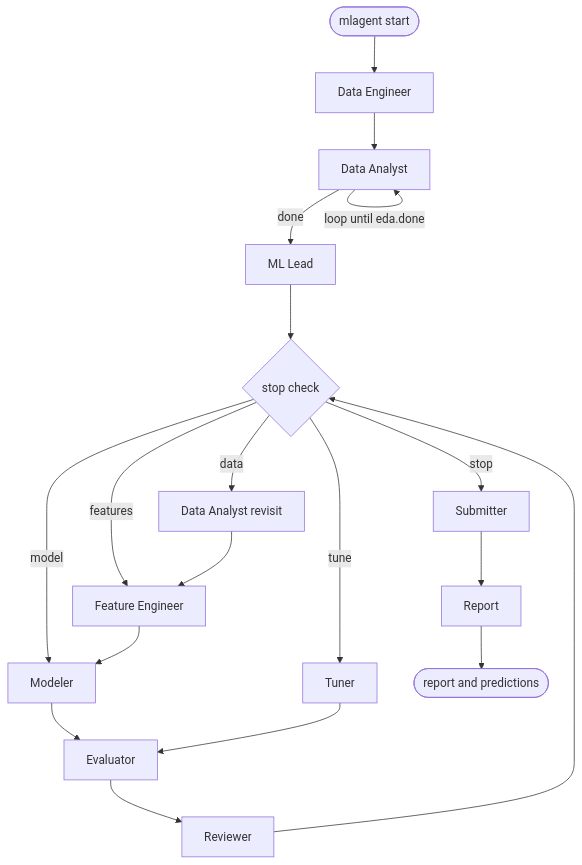
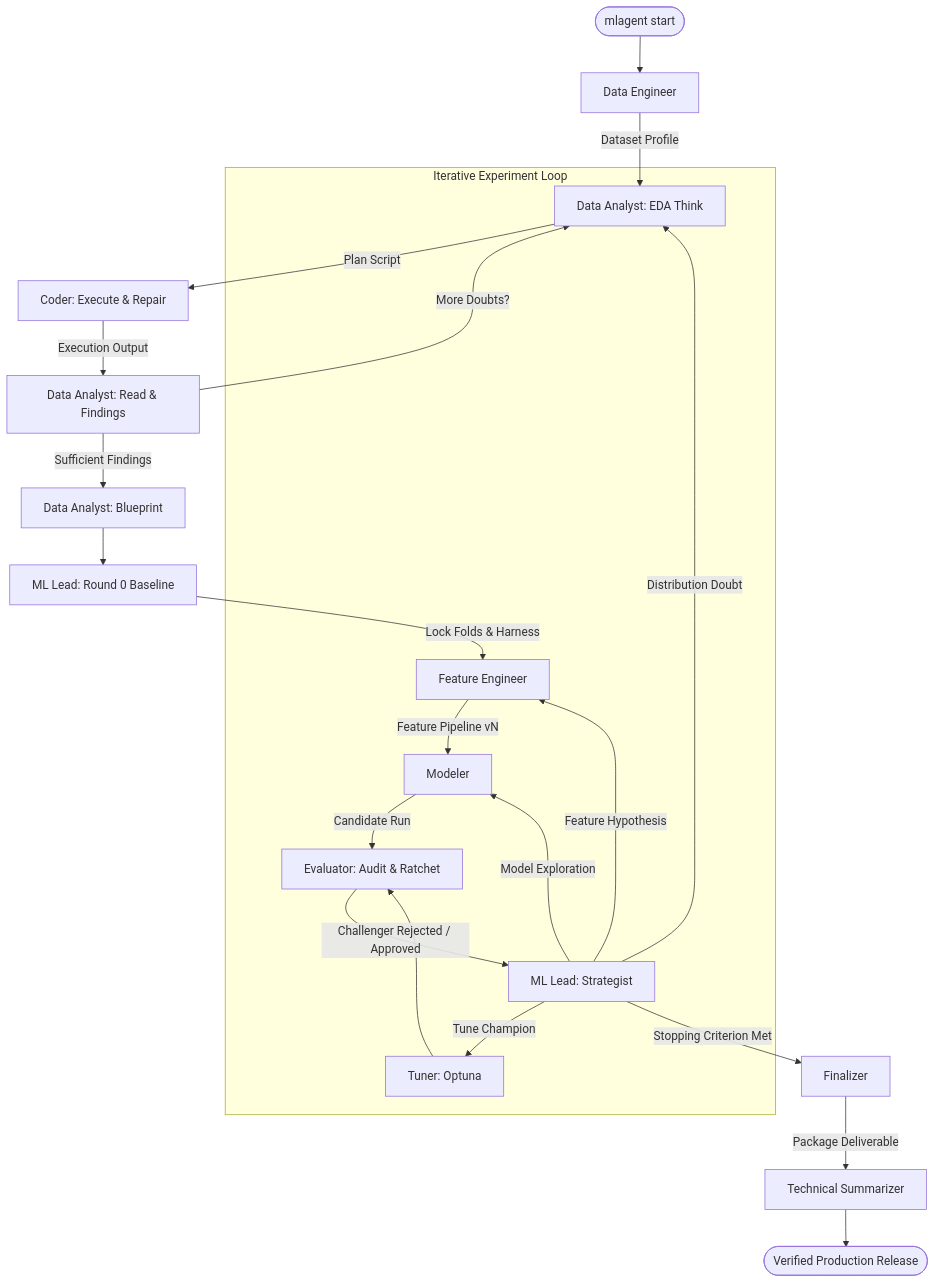
The diagram in README.md (Gurumurthy30/mlagent), drawn with Mermaid before and after one commit. The commit also changed other lines of this file, not shown here.

Commit message:
Revamp README with suggested sections, alpha badge, architecture diagram, agent roster, and benchmarks

````diff
--- a/README.md
+++ b/README.md
@@ -176,16 +115,27 @@
 ```mermaid
 flowchart TD
-  A([mlagent start]) --> DE[Data Engineer] --> DA[Data Analyst]
-  DA -->|loop until eda.done| DA
-  DA -->|done| ML[ML Lead] --> SC{stop check}
-  SC -->|features| FE[Feature Engineer]
-  SC -->|model| M[Modeler]
-  SC -->|tune| T[Tuner]
-  SC -->|data| DR[Data Analyst revisit]
-  FE --> M
-  DR --> FE
-  M --> E[Evaluator]
-  T --> E
-  E --> R[Reviewer] --> SC
-  SC -->|stop| S[Submitter] --> RP[Report] --> Z([report and predictions])
+  START([mlagent start]) --> DE[Data Engineer]
+  DE -->|Dataset Profile| EDA[Data Analyst: EDA Think]
+  EDA -->|Plan Script| C1[Coder: Execute & Repair]
+  C1 -->|Execution Output| EDR[Data Analyst: Read & Findings]
+  EDR -->|More Doubts?| EDA
+  EDR -->|Sufficient Findings| EDB[Data Analyst: Blueprint]
+  
+  EDB --> ML0[ML Lead: Round 0 Baseline]
+  ML0 -->|Lock Folds & Harness| FE[Feature Engineer]
+  
+  subgraph Experiment_Loop ["Iterative Experiment Loop"]
+    FE -->|Feature Pipeline vN| MOD[Modeler]
+    MOD -->|Candidate Run| EVAL[Evaluator: Audit & Ratchet]
+    EVAL -->|Challenger Rejected / Approved| STRAT[ML Lead: Strategist]
+    STRAT -->|Feature Hypothesis| FE
+    STRAT -->|Model Exploration| MOD
+    STRAT -->|Tune Champion| TUN[Tuner: Optuna]
+    TUN --> EVAL
+    STRAT -->|Distribution Doubt| EDA
+  end
+  
+  STRAT -->|Stopping Criterion Met| FIN[Finalizer]
+  FIN -->|Package Deliverable| SUM[Technical Summarizer]
+  SUM --> END([Verified Production Release])
 ```
````
